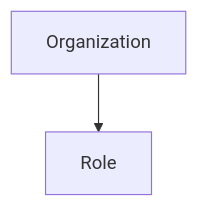
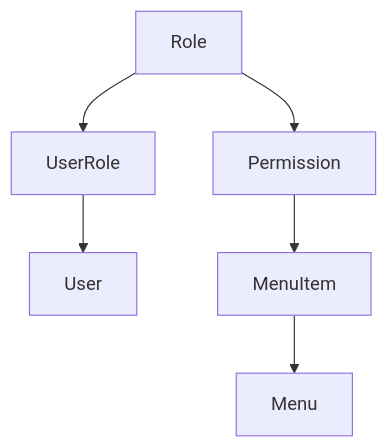
One commit to KuyoDynamics/SILCServer changed the fifth of 5 diagrams in docs/USER ROLES AND PERMISSIONS.MD. Above: the diagram before and after it, drawn with Mermaid. The commit also changed other lines of this file, not shown here.

Commit message:
Update user roles and permissions documentation

````diff
--- a/docs/USER ROLES AND PERMISSIONS.MD
+++ b/docs/USER ROLES AND PERMISSIONS.MD
@@ -106,4 +251,5 @@
 ```mermaid
 graph TD;
-Organization-->Role
+Role-->UserRole-->User
+Role-->Permission-->MenuItem-->Menu
 ```
````
